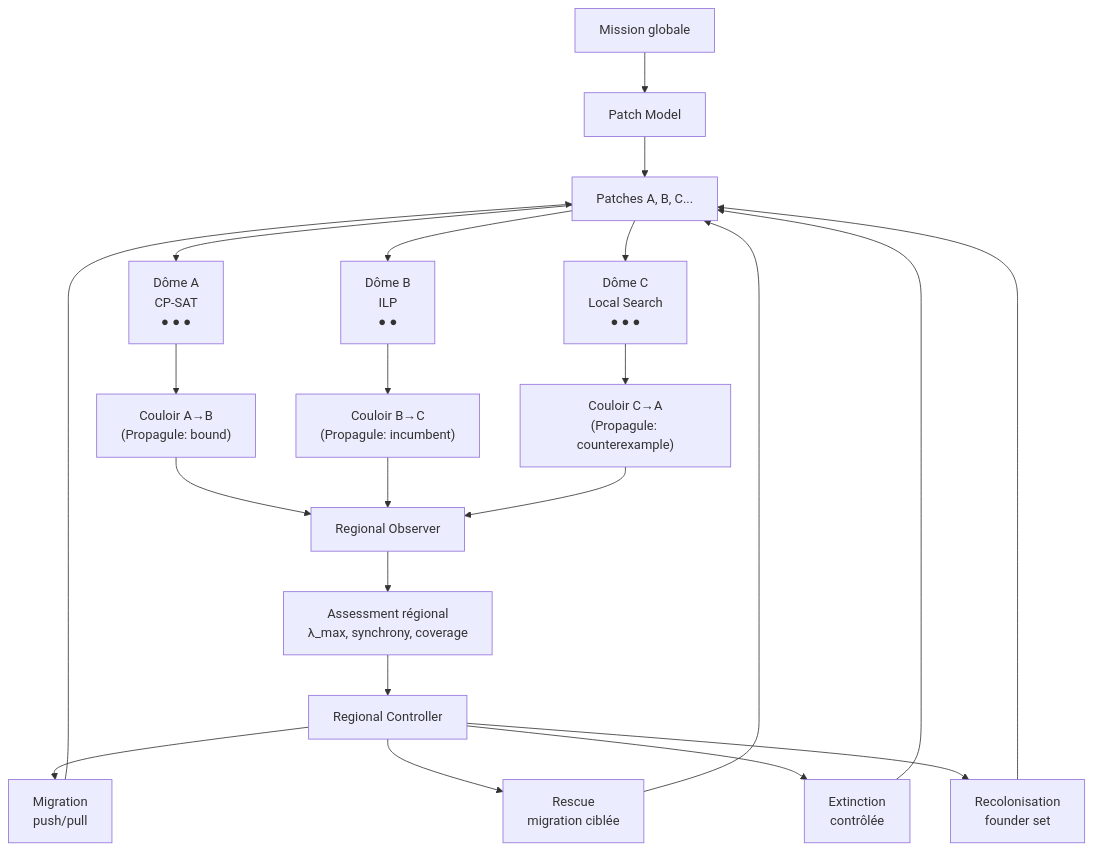
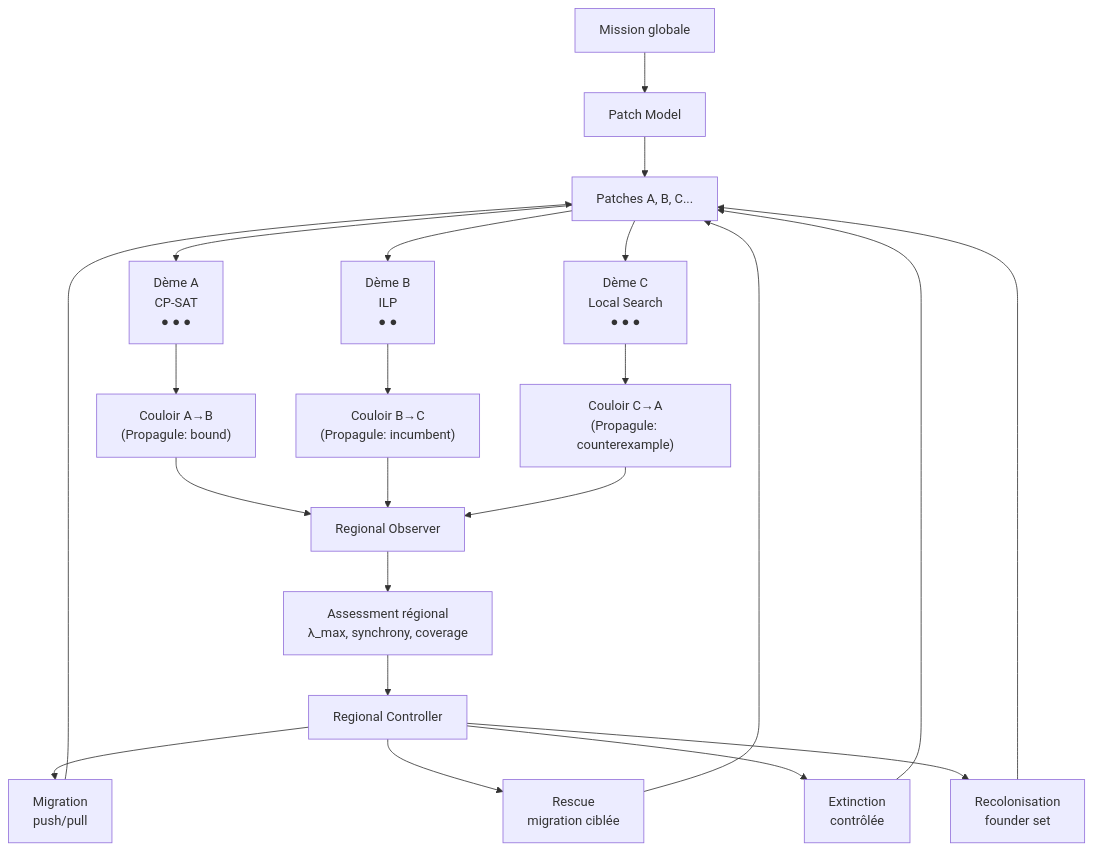
Before and after one commit to PISSARAW/GenOS: the first of 4 diagrams in docs/02-orchestration/topologies/metapopulation.md, drawn with Mermaid. The commit also changed other lines of this file and 5 other files, not shown here.

````diff
--- a/docs/02-orchestration/topologies/metapopulation.md
+++ b/docs/02-orchestration/topologies/metapopulation.md
@@ -1371,31 +1363,31 @@
 ```mermaid
 flowchart TB
     Mission["Mission globale"] --> PatchModel["Patch Model"]
     PatchModel --> Patches["Patches A, B, C..."]
 
-    Patches --> DemeA["Dôme A\nCP-SAT\n● ● ●"]
-    Patches --> DemeB["Dôme B\nILP\n● ●"]
-    Patches --> DemeC["Dôme C\nLocal Search\n● ● ●"]
+    Patches --> DemeA["Dème A\nCP-SAT\n● ● ●"]
+    Patches --> DemeB["Dème B\nILP\n● ●"]
+    Patches --> DemeC["Dème C\nLocal Search\n● ● ●"]
 
     DemeA --> CorridorAB["Couloir A→B\n(Propagule: bound)"]
     DemeB --> CorridorBC["Couloir B→C\n(Propagule: incumbent)"]
     DemeC --> CorridorCA["Couloir C→A\n(Propagule: counterexample)"]
 
     CorridorAB --> RegionalObserver["Regional Observer"]
     CorridorBC --> RegionalObserver
     CorridorCA --> RegionalObserver
 
     RegionalObserver --> Assessment["Assessment régional\nλ_max, synchrony, coverage"]
 
     Assessment --> Controller["Regional Controller"]
 
     Controller --> ActionMigrate["Migration\npush/pull"]
     Controller --> ActionRescue["Rescue\nmigration ciblée"]
     Controller --> ActionExtinct["Extinction\ncontrôlée"]
     Controller --> ActionRecolon["Recolonisation\nfounder set"]
 
     ActionMigrate --> Patches
     ActionRescue --> Patches
     ActionExtinct --> Patches
     ActionRecolon --> Patches
 ```
````
